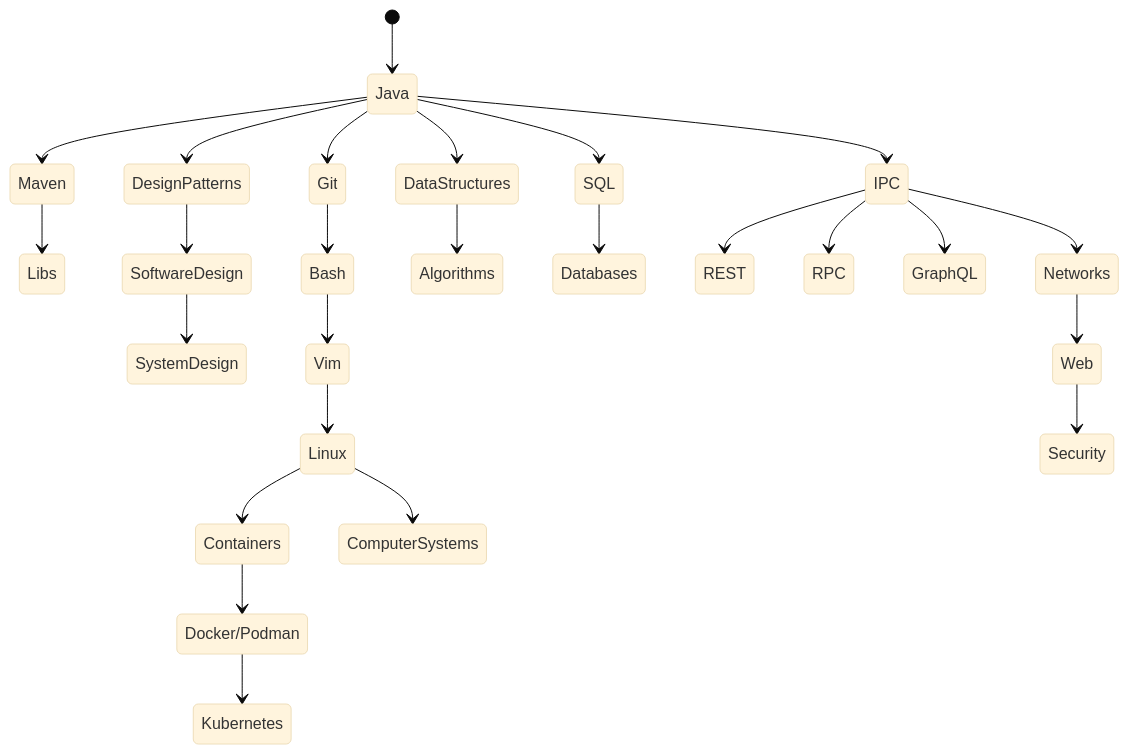
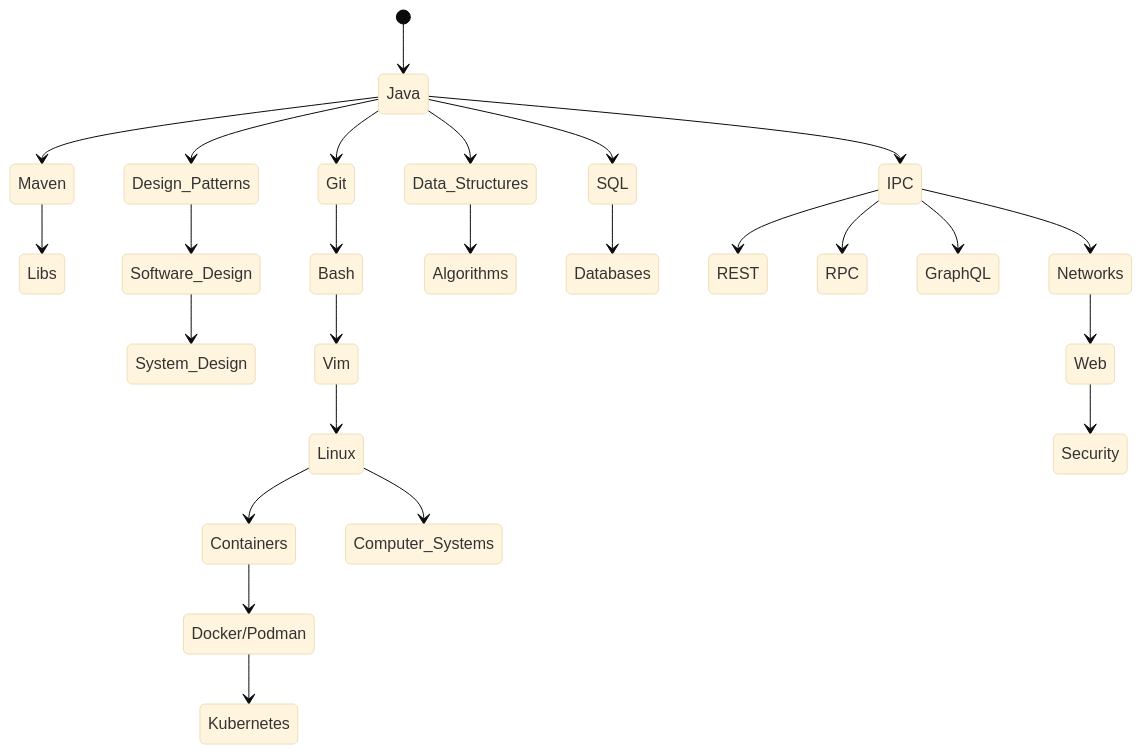
The diagram in README.md (giulianopz/programming), drawn with Mermaid (base theme) before and after one commit. The commit also changed other lines of this file, not shown here.

````diff
--- a/README.md
+++ b/README.md
@@ -6,33 +6,33 @@
 ```mermaid
 stateDiagram-v2
     [*] --> Java
     Java --> Maven
     Maven --> Libs
 
-    Java --> DesignPatterns
-    DesignPatterns --> SoftwareDesign
-    SoftwareDesign --> SystemDesign
+    Java --> Design_Patterns
+    Design_Patterns --> Software_Design
+    Software_Design --> System_Design
     Java --> Git
     Git --> Bash
     Bash --> Vim
     Vim --> Linux
     Linux --> Containers
     Containers --> Docker/Podman
     Docker/Podman --> Kubernetes
-    Linux --> ComputerSystems
+    Linux --> Computer_Systems
 
-    Java --> DataStructures
-    DataStructures --> Algorithms
+    Java --> Data_Structures
+    Data_Structures --> Algorithms
 
     Java --> SQL
     SQL --> Databases
 
     Java --> IPC
     IPC --> REST
 
     IPC --> RPC
     IPC --> GraphQL
     IPC --> Networks
     Networks --> Web
     Web --> Security
 ```
````
